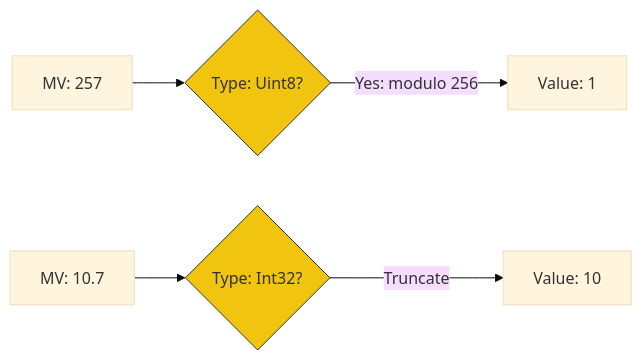
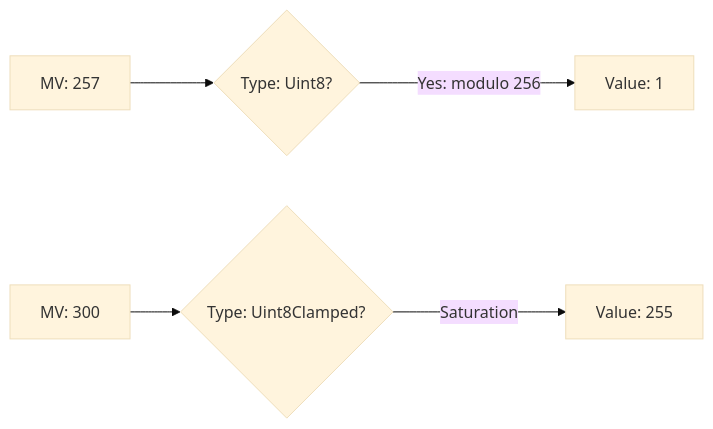
The diagram in RAK-04-core-specification/SR-02-data-types-and-values/BK-02_NumericDataTypes/CH-04_SpecMathClamping/README.md (syahputrawork98-sketch/JavaScript-Learning-Hub), drawn with Mermaid (base theme) before and after one commit. The commit also changed other lines of this file and 32 other files, not shown here.

````diff
--- a/RAK-04-core-specification/SR-02-data-types-and-values/BK-02_NumericDataTypes/CH-04_SpecMathClamping/README.md
+++ b/RAK-04-core-specification/SR-02-data-types-and-values/BK-02_NumericDataTypes/CH-04_SpecMathClamping/README.md
@@ -19,11 +19,8 @@
 ```mermaid
 graph LR
     MV[MV: 257] --> Wrap{Type: Uint8?}
     Wrap -->|Yes: modulo 256| Result[Value: 1]
     
-    MV2[MV: 10.7] --> Clamp{Type: Int32?}
-    Clamp -->|Truncate| Result2[Value: 10]
-    
-    style Wrap fill:#f1c40f,stroke:#333
-    style Clamp fill:#f1c40f,stroke:#333
+    MV2[MV: 300] --> Clamp{Type: Uint8Clamped?}
+    Clamp -->|Saturation| Result2[Value: 255]
 ```
````
